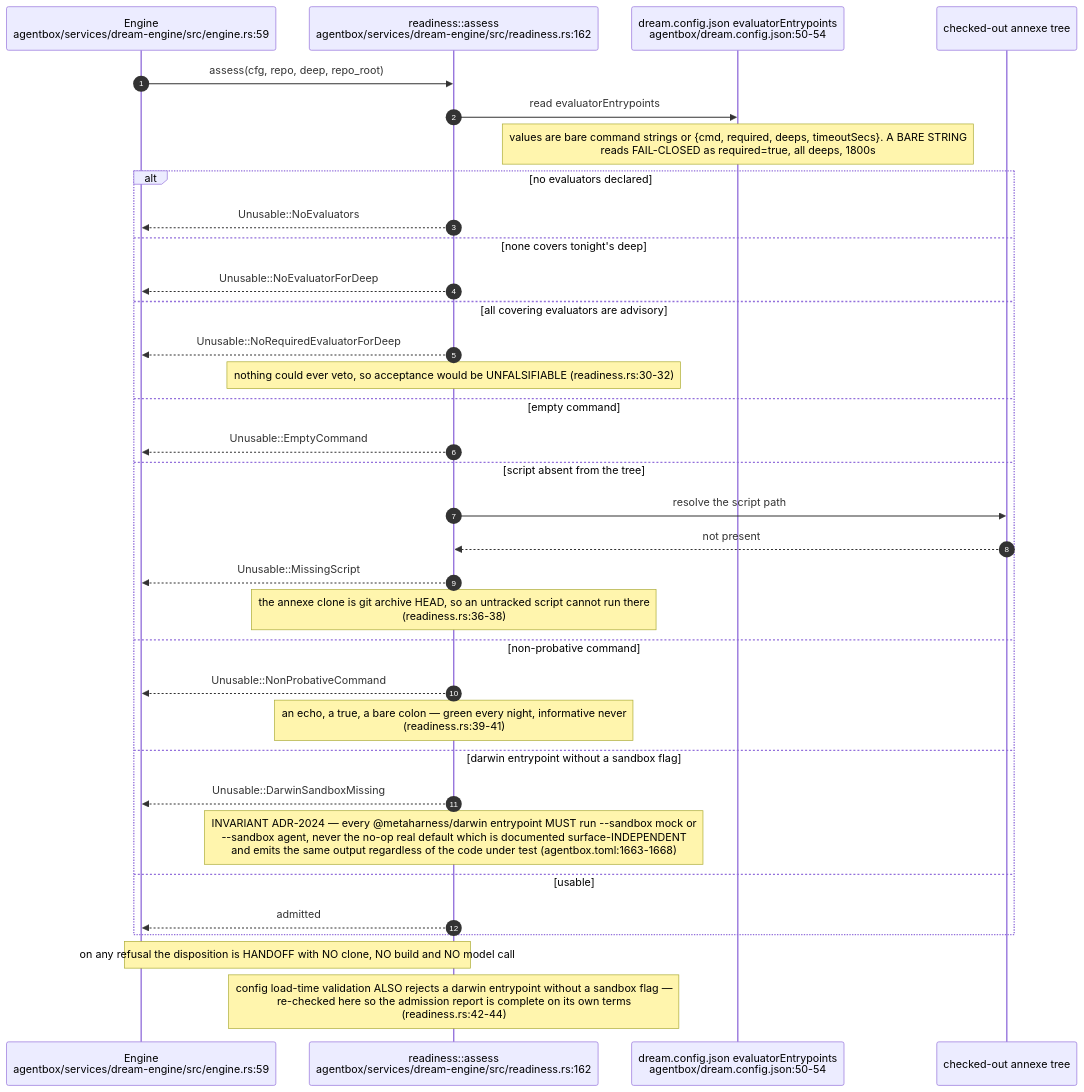
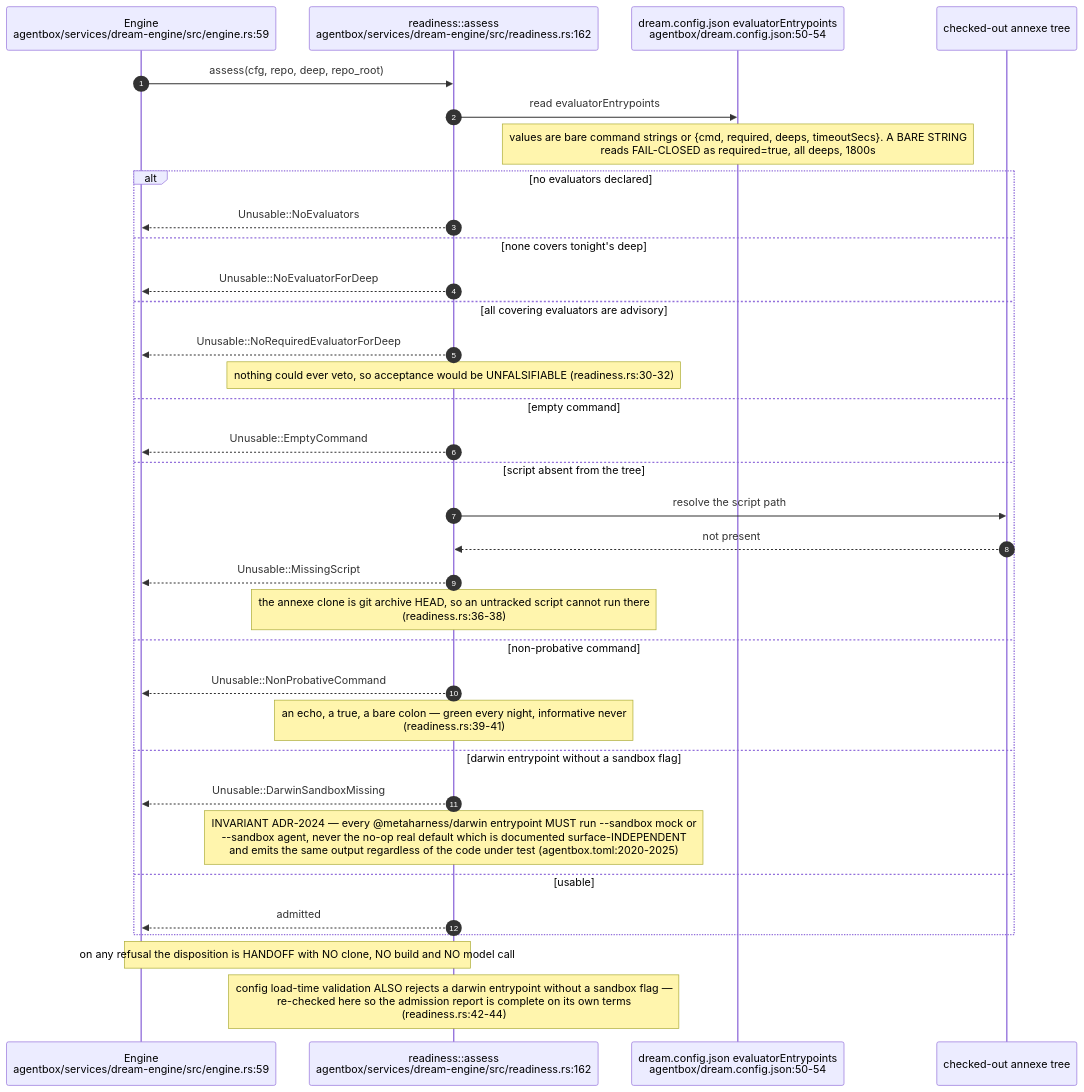
The third of 16 diagrams in docs/diagrams/agentbox/23-dream-engine.md (DreamLab-AI/VisionFlow), drawn with Mermaid before and after one commit. The commit also changed other lines of this file and 28 other files, not shown here.

````diff
--- a/docs/diagrams/agentbox/23-dream-engine.md
+++ b/docs/diagrams/agentbox/23-dream-engine.md
@@ -143,37 +144,37 @@
 ```mermaid
 sequenceDiagram
     autonumber
     participant ENG as Engine<br/>agentbox/services/dream-engine/src/engine.rs:59
     participant RDY as readiness::assess<br/>agentbox/services/dream-engine/src/readiness.rs:162
     participant CFG as dream.config.json evaluatorEntrypoints<br/>agentbox/dream.config.json:50-54
     participant TREE as checked-out annexe tree
 
     ENG->>RDY: assess(cfg, repo, deep, repo_root)
     RDY->>CFG: read evaluatorEntrypoints
     Note over CFG: values are bare command strings or {cmd, required, deeps, timeoutSecs}. A BARE STRING<br/>reads FAIL-CLOSED as required=true, all deeps, 1800s
     alt no evaluators declared
         RDY-->>ENG: Unusable::NoEvaluators
     else none covers tonight's deep
         RDY-->>ENG: Unusable::NoEvaluatorForDeep
     else all covering evaluators are advisory
         RDY-->>ENG: Unusable::NoRequiredEvaluatorForDeep
         Note over RDY: nothing could ever veto, so acceptance would be UNFALSIFIABLE (readiness.rs:30-32)
     else empty command
         RDY-->>ENG: Unusable::EmptyCommand
     else script absent from the tree
         RDY->>TREE: resolve the script path
         TREE-->>RDY: not present
         RDY-->>ENG: Unusable::MissingScript
         Note over RDY: the annexe clone is git archive HEAD, so an untracked script cannot run there<br/>(readiness.rs:36-38)
     else non-probative command
         RDY-->>ENG: Unusable::NonProbativeCommand
         Note over RDY: an echo, a true, a bare colon — green every night, informative never<br/>(readiness.rs:39-41)
     else darwin entrypoint without a sandbox flag
         RDY-->>ENG: Unusable::DarwinSandboxMissing
-        Note over RDY: INVARIANT ADR-2024 — every @metaharness/darwin entrypoint MUST run --sandbox mock or<br/>--sandbox agent, never the no-op real default which is documented surface-INDEPENDENT<br/>and emits the same output regardless of the code under test (agentbox.toml:1663-1668)
+        Note over RDY: INVARIANT ADR-2024 — every @metaharness/darwin entrypoint MUST run --sandbox mock or<br/>--sandbox agent, never the no-op real default which is documented surface-INDEPENDENT<br/>and emits the same output regardless of the code under test (agentbox.toml:2020-2025)
     else usable
         RDY-->>ENG: admitted
     end
     Note over ENG,RDY: on any refusal the disposition is HANDOFF with NO clone, NO build and NO model call
     Note over RDY: config load-time validation ALSO rejects a darwin entrypoint without a sandbox flag —<br/>re-checked here so the admission report is complete on its own terms<br/>(readiness.rs:42-44)
 ```
````
